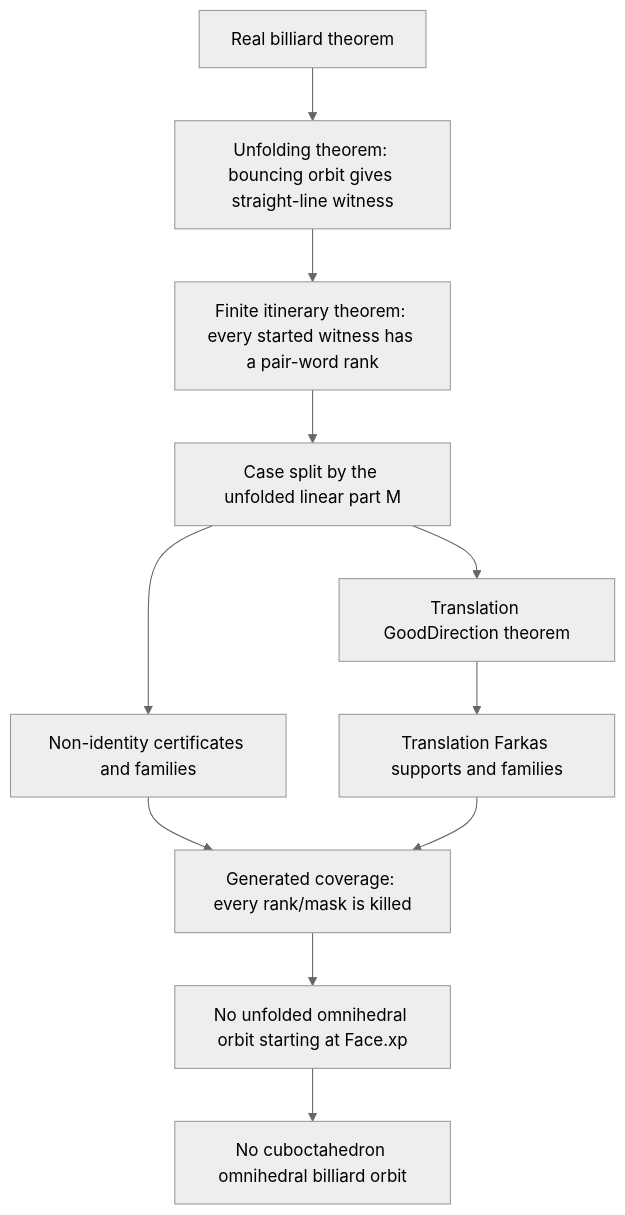
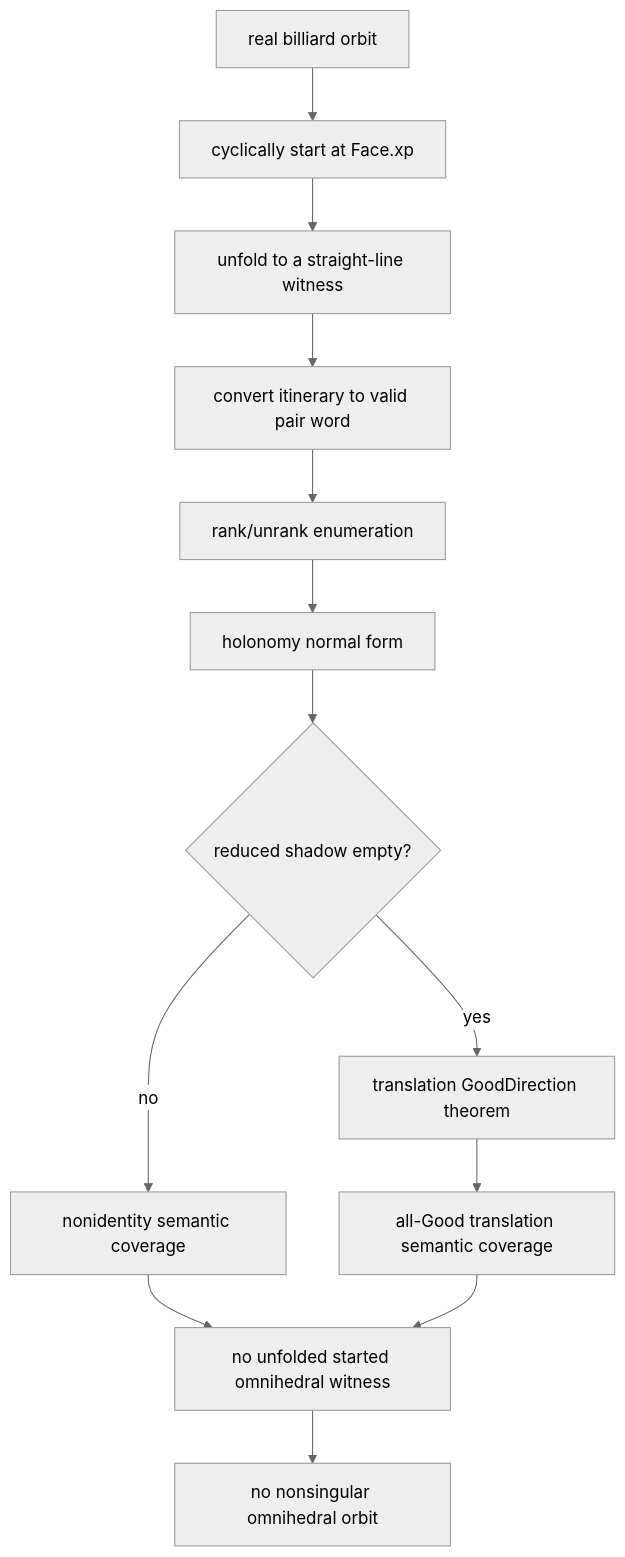
One commit to zpconn/cuboctahedron changed the fourth of 4 diagrams in README.md. Above: the diagram before and after it, drawn with Mermaid (neutral theme). The commit also changed other lines of this file and 1 other file, not shown here.

````diff
--- a/README.md
+++ b/README.md
@@ -862,18 +384,20 @@
 ```mermaid
 flowchart TD
-    A["Real billiard theorem"]
-    B["Unfolding theorem: bouncing orbit gives straight-line witness"]
-    C["Finite itinerary theorem: every started witness has a pair-word rank"]
-    D["Case split by the unfolded linear part M"]
-    E["Non-identity certificates and families"]
-    F["Translation GoodDirection theorem"]
-    G["Translation Farkas supports and families"]
-    H["Generated coverage: every rank/mask is killed"]
-    I["No unfolded omnihedral orbit starting at Face.xp"]
-    J["No cuboctahedron omnihedral billiard orbit"]
+    A["real billiard orbit"]
+    B["cyclically start at Face.xp"]
+    C["unfold to a straight-line witness"]
+    D["convert itinerary to valid pair word"]
+    E["rank/unrank enumeration"]
+    F["holonomy normal form"]
+    G{"reduced shadow empty?"}
+    H["nonidentity semantic coverage"]
+    I["translation GoodDirection theorem"]
+    J["all-Good translation semantic coverage"]
+    K["no unfolded started omnihedral witness"]
+    L["no nonsingular omnihedral orbit"]
 
-    A --> B --> C --> D
-    D --> E --> H
-    D --> F --> G --> H
-    H --> I --> J
+    A --> B --> C --> D --> E --> F --> G
+    G -- "no" --> H --> K
+    G -- "yes" --> I --> J --> K
+    K --> L
 ```
````
